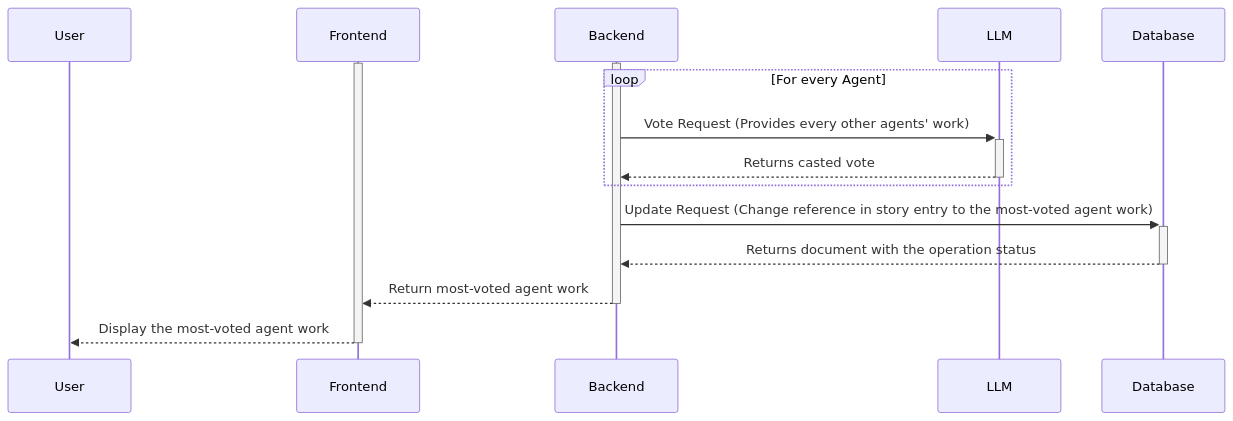
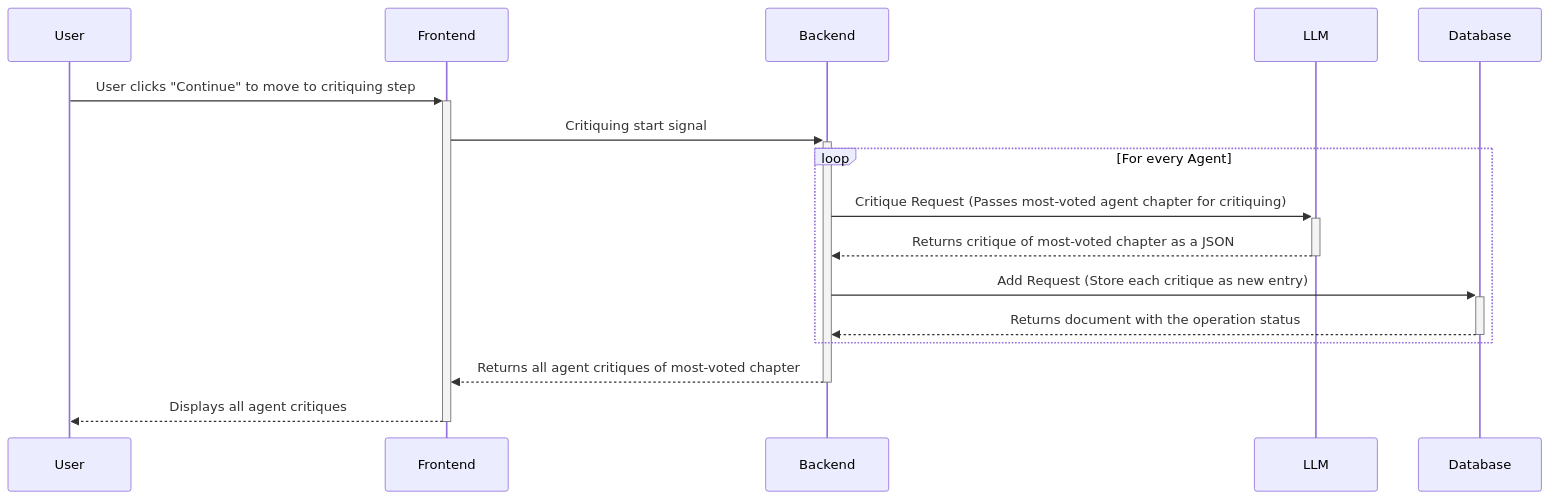
One commit to Capstone-Projects-2025-Spring/project-003-story-builder-team-1 changed the eighth of 9 diagrams in documentation/docs/system-architecture/sequence-diagrams.md. Above: the diagram before and after it, drawn with Mermaid. The commit also changed other lines of this file, not shown here.

Commit message:
Updated Agent Editing sequence diagram and fixed some issues throughout

````diff
--- a/documentation/docs/system-architecture/sequence-diagrams.md
+++ b/documentation/docs/system-architecture/sequence-diagrams.md
@@ -162,18 +164,18 @@
 ```mermaid
 sequenceDiagram
     participant User
     participant Frontend
     participant Backend
     participant LLM
     participant Database
-    activate Frontend
-    activate Backend
+    User->>+Frontend: User clicks "Continue" to move to critiquing step
+    Frontend->>+Backend: Critiquing start signal
     loop For every Agent
-        Backend->>+LLM: Vote Request (Provides every other agents' work)
-        LLM-->>-Backend: Returns casted vote
+        Backend->>+LLM: Critique Request (Passes most-voted agent chapter for critiquing)
+        LLM-->>-Backend: Returns critique of most-voted chapter as a JSON
+        Backend->>+Database: Add Request (Store each critique as new entry)
+        Database-->>-Backend: Returns document with the operation status
     end
-    Backend->>+Database: Update Request (Change reference in story entry to the most-voted agent work)
-    Database-->>-Backend: Returns document with the operation status
-    Backend-->>-Frontend: Return most-voted agent work
-    Frontend-->>-User: Display the most-voted agent work
+    Backend-->>-Frontend: Returns all agent critiques of most-voted chapter
+    Frontend-->>-User: Displays all agent critiques
 ```
````
